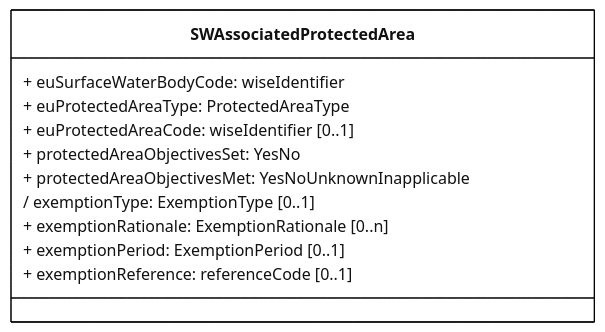
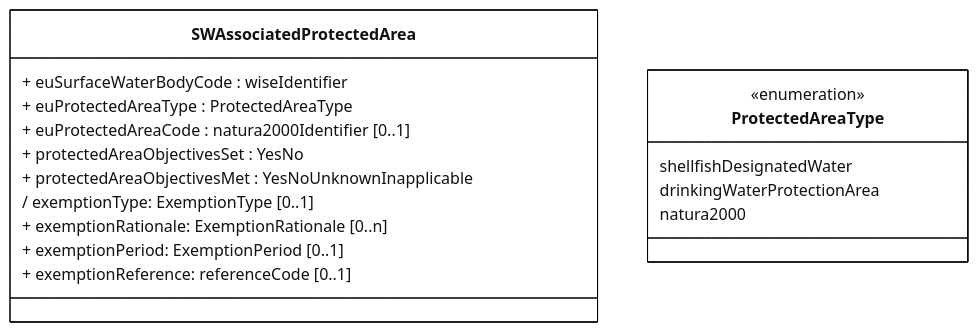
The diagram in docs/DataModelReview/mmd/Exemptions_4thCycle_SWAssociatedProtectedArea_ClassDiagram.mmd (eeadata/WISE.WFD.Documentation), drawn with Mermaid before and after one commit. The commit also changed 4 other files, not shown here.

First line of the commit message:
Correcting the issues in the GWAssociatedProtectedArea

```diff
--- a/docs/DataModelReview/mmd/Exemptions_4thCycle_SWAssociatedProtectedArea_ClassDiagram.mmd
+++ b/docs/DataModelReview/mmd/Exemptions_4thCycle_SWAssociatedProtectedArea_ClassDiagram.mmd
@@ -1,22 +1,30 @@
 ---
 config:
   class:
     hideEmptyMembersBox: true
   layout: dagre
   theme: neutral
 ---
 classDiagram
+
 class SWAssociatedProtectedArea{
-	+ euSurfaceWaterBodyCode: wiseIdentifier
-	+ euProtectedAreaType: ProtectedAreaType 
-	+ euProtectedAreaCode: wiseIdentifier [0..1]
-	+ protectedAreaObjectivesSet: YesNo
-	+ protectedAreaObjectivesMet: YesNoUnknownInapplicable
-	/ exemptionType: ExemptionType [0..1]
+    + euSurfaceWaterBodyCode : wiseIdentifier
+    + euProtectedAreaType : ProtectedAreaType 
+    + euProtectedAreaCode : natura2000Identifier [0..1]
+    + protectedAreaObjectivesSet : YesNo
+    + protectedAreaObjectivesMet : YesNoUnknownInapplicable
+ 	/ exemptionType: ExemptionType [0..1]
 	+ exemptionRationale: ExemptionRationale [0..n]
 	+ exemptionPeriod: ExemptionPeriod [0..1]
 	+ exemptionReference: referenceCode [0..1]
-	   } 
+    }
+ class ProtectedAreaType{
+    <<enumeration>>
+    shellfishDesignatedWater
+    drinkingWaterProtectionArea
+    natura2000
+    }
+
 
 classDef default fill:white,stroke:#000;
 classDef forFixing fill:white,stroke:#f00;
```
